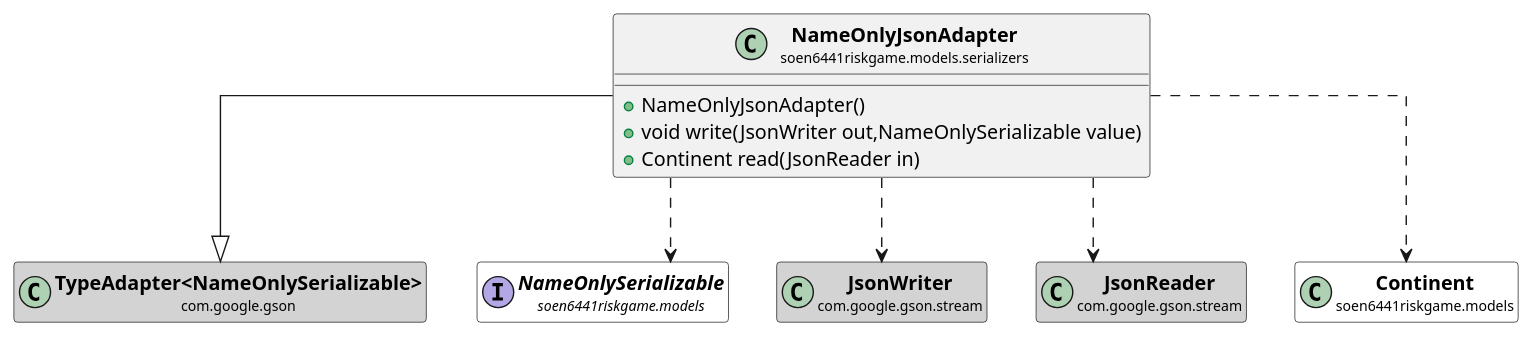
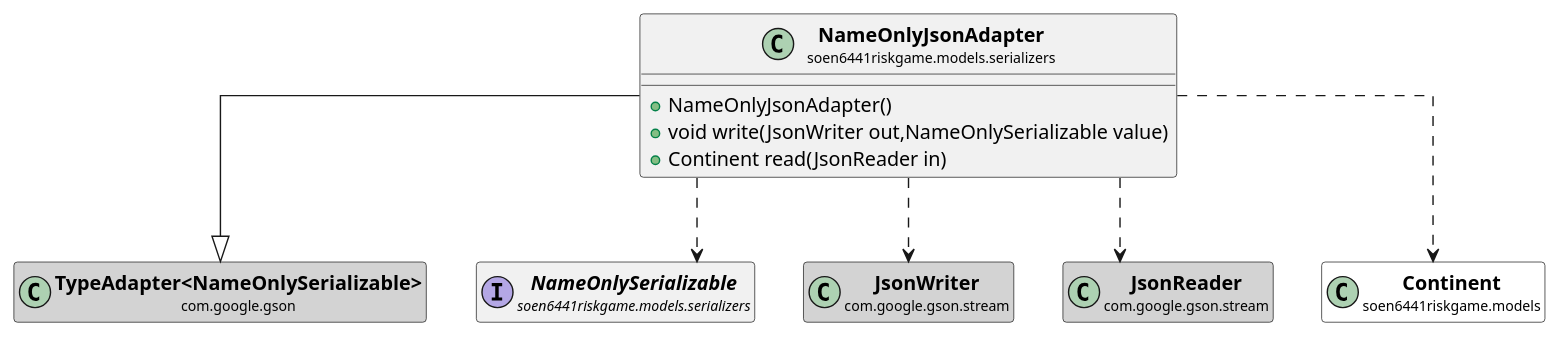
Before and after one commit to huntertran/soen6441-riskgame: the diagram in docs/javadocs/soen6441riskgame/models/serializers/NameOnlyJsonAdapter.puml, drawn with PlantUML. The commit also changed 222 other files, not shown here.

```diff
--- a/docs/javadocs/soen6441riskgame/models/serializers/NameOnlyJsonAdapter.puml
+++ b/docs/javadocs/soen6441riskgame/models/serializers/NameOnlyJsonAdapter.puml
@@ -1,54 +1,54 @@
 @startuml
 
 skinparam svgLinkTarget _parent
 skinparam linetype ortho
 set namespaceSeparator none
 class "<b><size:14>NameOnlyJsonAdapter</b>\n<size:10>soen6441riskgame.models.serializers" as soen6441riskgame.models.serializers.NameOnlyJsonAdapter  [[../../../soen6441riskgame/models/serializers/NameOnlyJsonAdapter.html{soen6441riskgame.models.serializers.NameOnlyJsonAdapter}]] {
 +NameOnlyJsonAdapter()
 +void write(JsonWriter out,NameOnlySerializable value)
 +Continent read(JsonReader in)
 }
 
 
 class "<b><size:14>TypeAdapter<NameOnlySerializable></b>\n<size:10>com.google.gson" as com.google.gson.TypeAdapterNameOnlySerializable  #lightgrey {
 }
 
 hide com.google.gson.TypeAdapterNameOnlySerializable fields
 hide com.google.gson.TypeAdapterNameOnlySerializable methods
 
 soen6441riskgame.models.serializers.NameOnlyJsonAdapter --|> com.google.gson.TypeAdapterNameOnlySerializable
 
-interface "<b><size:14>NameOnlySerializable</b>\n<size:10>soen6441riskgame.models" as soen6441riskgame.models.NameOnlySerializable  [[../../../soen6441riskgame/models/NameOnlySerializable.html{soen6441riskgame.models.NameOnlySerializable}]] #white {
+interface "<b><size:14>NameOnlySerializable</b>\n<size:10>soen6441riskgame.models.serializers" as soen6441riskgame.models.serializers.NameOnlySerializable  [[../../../soen6441riskgame/models/serializers/NameOnlySerializable.html{soen6441riskgame.models.serializers.NameOnlySerializable}]] {
 }
 
-hide soen6441riskgame.models.NameOnlySerializable fields
-hide soen6441riskgame.models.NameOnlySerializable methods
+hide soen6441riskgame.models.serializers.NameOnlySerializable fields
+hide soen6441riskgame.models.serializers.NameOnlySerializable methods
 
-soen6441riskgame.models.serializers.NameOnlyJsonAdapter ..> soen6441riskgame.models.NameOnlySerializable
+soen6441riskgame.models.serializers.NameOnlyJsonAdapter ..> soen6441riskgame.models.serializers.NameOnlySerializable
 
 class "<b><size:14>JsonWriter</b>\n<size:10>com.google.gson.stream" as com.google.gson.stream.JsonWriter  #lightgrey {
 }
 
 hide com.google.gson.stream.JsonWriter fields
 hide com.google.gson.stream.JsonWriter methods
 
 soen6441riskgame.models.serializers.NameOnlyJsonAdapter ..> com.google.gson.stream.JsonWriter
 
 class "<b><size:14>JsonReader</b>\n<size:10>com.google.gson.stream" as com.google.gson.stream.JsonReader  #lightgrey {
 }
 
 hide com.google.gson.stream.JsonReader fields
 hide com.google.gson.stream.JsonReader methods
 
 soen6441riskgame.models.serializers.NameOnlyJsonAdapter ..> com.google.gson.stream.JsonReader
 
 class "<b><size:14>Continent</b>\n<size:10>soen6441riskgame.models" as soen6441riskgame.models.Continent  [[../../../soen6441riskgame/models/Continent.html{soen6441riskgame.models.Continent}]] #white {
 }
 
 hide soen6441riskgame.models.Continent fields
 hide soen6441riskgame.models.Continent methods
 
 soen6441riskgame.models.serializers.NameOnlyJsonAdapter ..> soen6441riskgame.models.Continent
 
 
 @enduml
```
